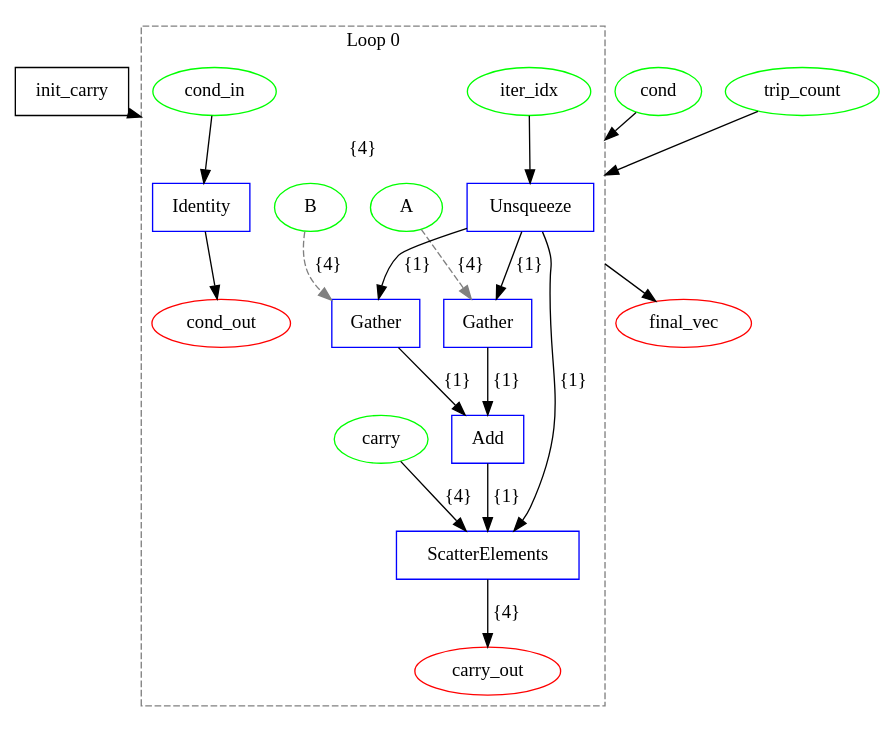
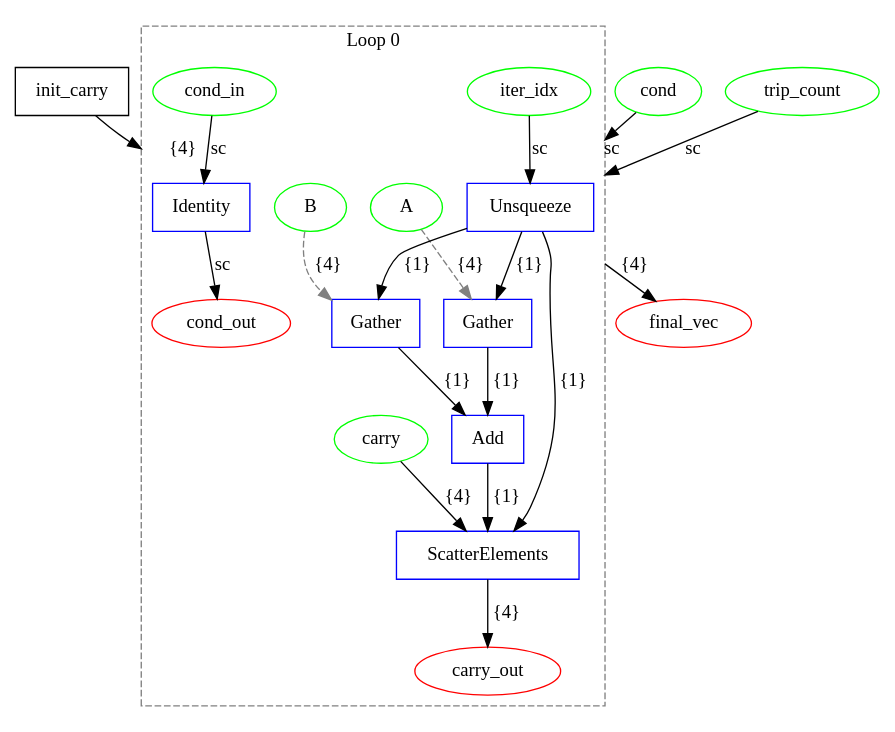
Before and after one commit to specs-feup/onnx-flow: the diagram in examples/onnx/vector_add_decomposed.dot, drawn with Graphviz. The commit also changed 52 other files, not shown here.

```diff
--- a/examples/onnx/vector_add_decomposed.dot
+++ b/examples/onnx/vector_add_decomposed.dot
@@ -1,44 +1,44 @@
 digraph {
   graph [compound=true];
   init_carry [label=init_carry shape=box];
   trip_count [label=trip_count shape=ellipse color="#00FF00"];
   cond [label=cond shape=ellipse color="#00FF00"];
   A [label=A shape=ellipse color="#00FF00"];
   B [label=B shape=ellipse color="#00FF00"];
   final_vec [label=final_vec shape=ellipse color="#FF0000"];
   subgraph cluster_loop_0 {
     graph [rankdir=LR compound=true];
     loop0_iter_idx [label=iter_idx shape=ellipse color="#00FF00"];
     loop0_cond_in [label=cond_in shape=ellipse color="#00FF00"];
     loop0_carry [label=carry shape=ellipse color="#00FF00"];
     loop0_cond_out [label=cond_out shape=ellipse color="#FF0000"];
     loop0_carry_out [label=carry_out shape=ellipse color="#FF0000"];
     loop0_0 [label=Unsqueeze shape=box color="#0000FF"];
     loop0_0 -> loop0_1 [label="{1}"];
     loop0_0 -> loop0_2 [label="{1}"];
     loop0_0 -> loop0_4 [label="{1}"];
     loop0_1 [label=Gather shape=box color="#0000FF"];
     loop0_1 -> loop0_3 [label="{1}"];
     loop0_2 [label=Gather shape=box color="#0000FF"];
     loop0_2 -> loop0_3 [label="{1}"];
     loop0_3 [label=Add shape=box color="#0000FF"];
     loop0_3 -> loop0_4 [label="{1}"];
     loop0_4 [label=ScatterElements shape=box color="#0000FF"];
     loop0_5 [label=Identity shape=box color="#0000FF"];
-    loop0_iter_idx -> loop0_0 [label=""];
+    loop0_iter_idx -> loop0_0 [label=sc];
     loop0_4 -> loop0_carry_out [label="{4}"];
     loop0_carry -> loop0_4 [label="{4}"];
-    loop0_cond_in -> loop0_5 [label=""];
-    loop0_5 -> loop0_cond_out [label=""];
+    loop0_cond_in -> loop0_5 [label=sc];
+    loop0_5 -> loop0_cond_out [label=sc];
     A -> loop0_1 [style=dashed color=gray label="{4}"];
     B -> loop0_2 [style=dashed color=gray label="{4}"];
     graph [label="Loop 0"];
     graph [style=dashed];
     graph [color=gray];
   }
 
-  trip_count -> loop0_0 [label="" lhead=cluster_loop_0];
-  cond -> loop0_0 [label="" lhead=cluster_loop_0];
+  trip_count -> loop0_0 [label=sc lhead=cluster_loop_0];
+  cond -> loop0_0 [label=sc lhead=cluster_loop_0];
   init_carry -> loop0_0 [label="{4}" lhead=cluster_loop_0];
-  loop0_0 -> final_vec [label="" ltail=cluster_loop_0];
+  loop0_0 -> final_vec [label="{4}" ltail=cluster_loop_0];
 }
```
